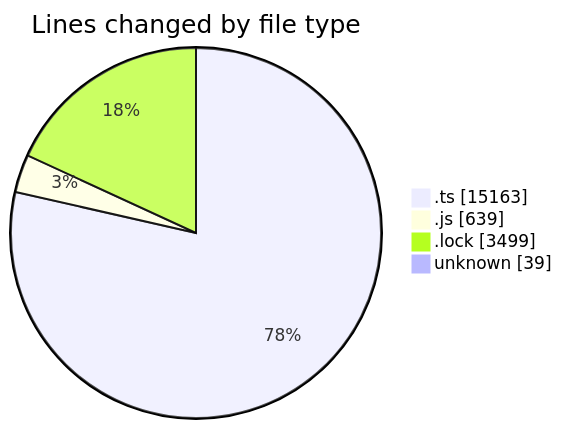
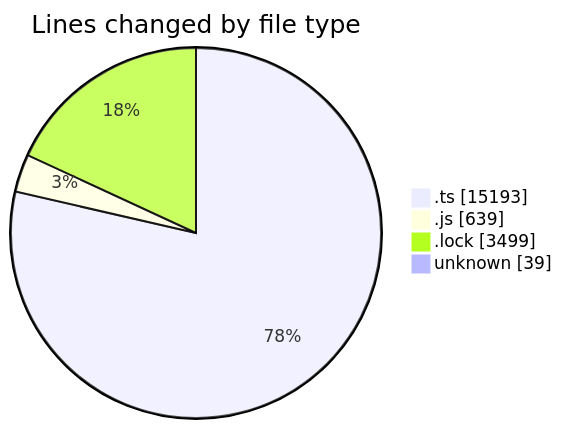
One commit to momahboobian/code-tracking changed the first of 2 diagrams in 2025-05-20/cda/README.md. Above: the diagram before and after it, drawn with Mermaid. The commit also changed other lines of this file and 1 other file, not shown here.

````diff
--- a/2025-05-20/cda/README.md
+++ b/2025-05-20/cda/README.md
@@ -31,8 +31,8 @@
 ```mermaid
 pie showData
 title Lines changed by file type
-".ts" : 15163
+".ts" : 15193
 ".js" : 639
 ".lock" : 3499
 "unknown" : 39
 ```
````
